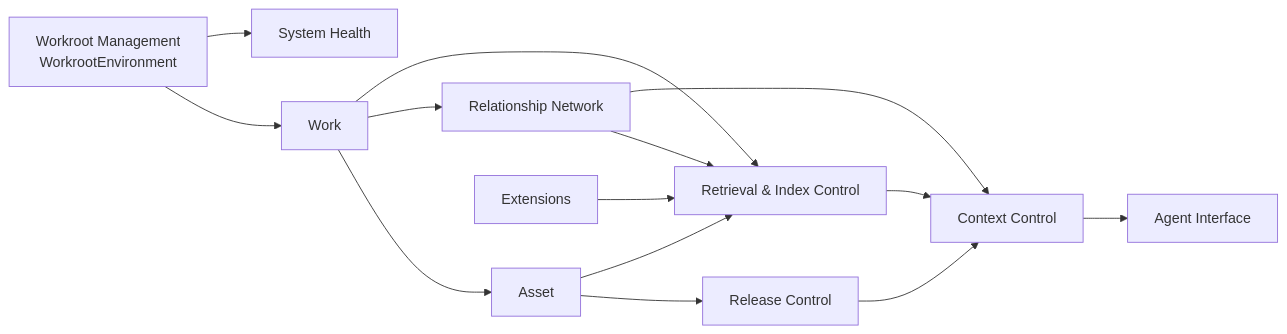
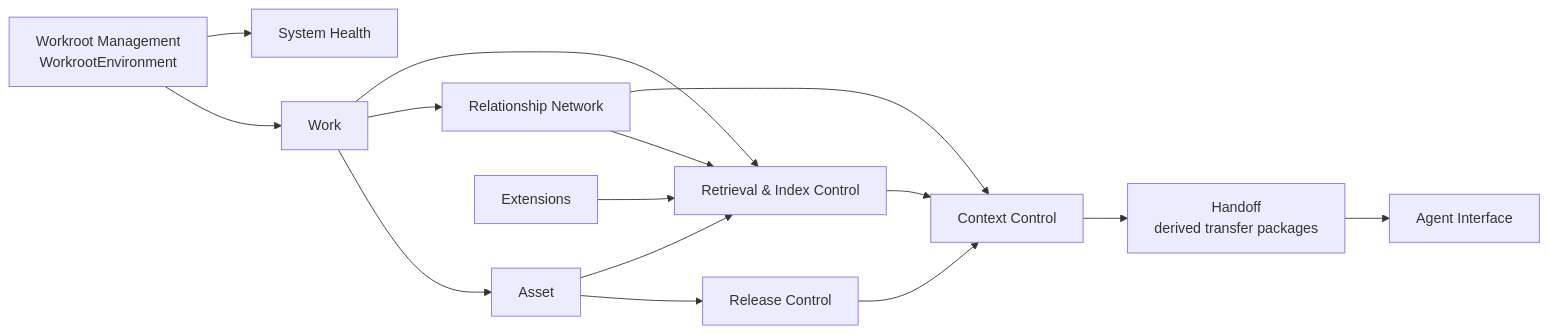
One commit to ai-workroot/ai-workroot changed the third of 6 diagrams in docs/architecture-map.md. Above: the diagram before and after it, drawn with Mermaid. The commit also changed other lines of this file and 54 other files, not shown here.

Commit message:
refactor: finalize architecture review cleanup

````diff
--- a/docs/architecture-map.md
+++ b/docs/architecture-map.md
@@ -61,16 +62,17 @@
 ```mermaid
 flowchart LR
   WM[Workroot Management<br/>WorkrootEnvironment] --> Work[Work]
   Work --> Asset[Asset]
   Work --> RN[Relationship Network]
   Asset --> RC[Release Control]
   RN --> RIC[Retrieval & Index Control]
   Asset --> RIC
   Work --> RIC
   RC --> CC[Context Control]
   RIC --> CC
   RN --> CC
-  CC --> AI[Agent Interface]
+  CC --> Handoff[Handoff<br/>derived transfer packages]
+  Handoff --> AI[Agent Interface]
   WM --> Health[System Health]
   Extensions[Extensions] --> RIC
 ```
````
